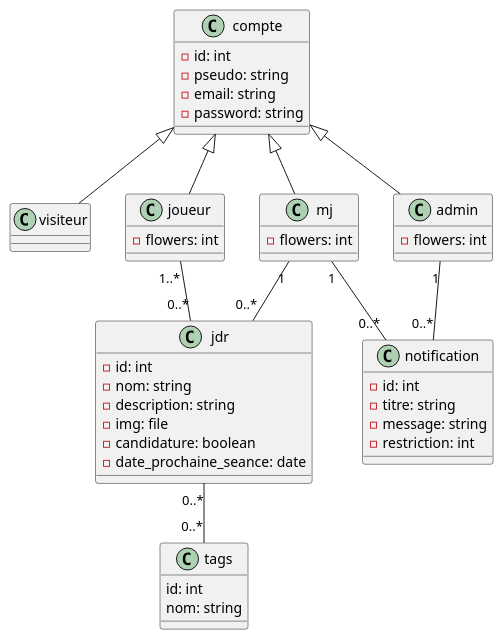
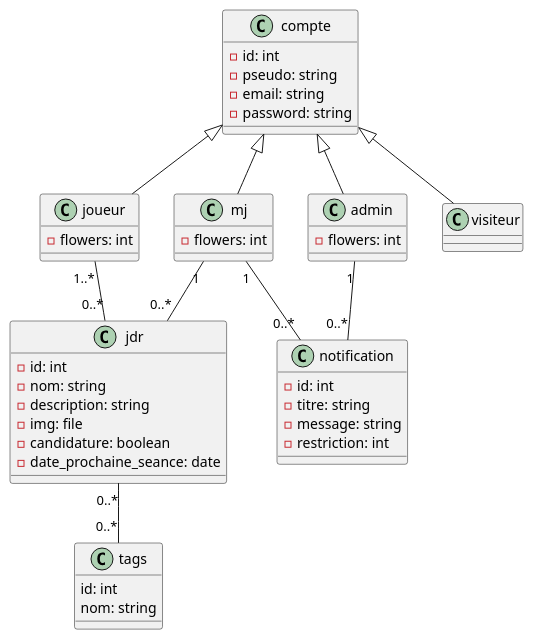
The diagram in diagramme des classes.puml (MaximeGondariz/Chroniques-Edelweiss), drawn with PlantUML before and after one commit. The commit also changed 29 other files, not shown here.

```diff
--- a/diagramme des classes.puml
+++ b/diagramme des classes.puml
@@ -1,60 +1,57 @@
 @startuml
 
 class compte{
     -id: int
     -pseudo: string
     -email: string
     -password: string
 }
 
 class jdr{
     -id: int
     -nom: string
     -description: string
     -img: file
     -candidature: boolean
     -date_prochaine_seance: date
 }
 
 class notification{
     -id: int
     -titre: string
     -message: string
     -restriction: int
-}
-
-class visiteur{
 }
 
 class joueur{
     -flowers: int
 }
 
 class mj{
     -flowers: int
 
 }
 
 class admin{
     -flowers: int
 }
 
 class tags{
     id: int
     nom: string
 }
 
 compte <|-- visiteur
 compte <|-- admin
 compte <|-- joueur
 compte <|-- mj
 
 joueur "1..*" --  "0..*" jdr
 mj "1" --  "0..*" jdr
 
 mj "1" -- "0..*" notification
 admin "1" -- "0..*" notification
 
 jdr "0..*" -- "0..*" tags
 
 @enduml
```
